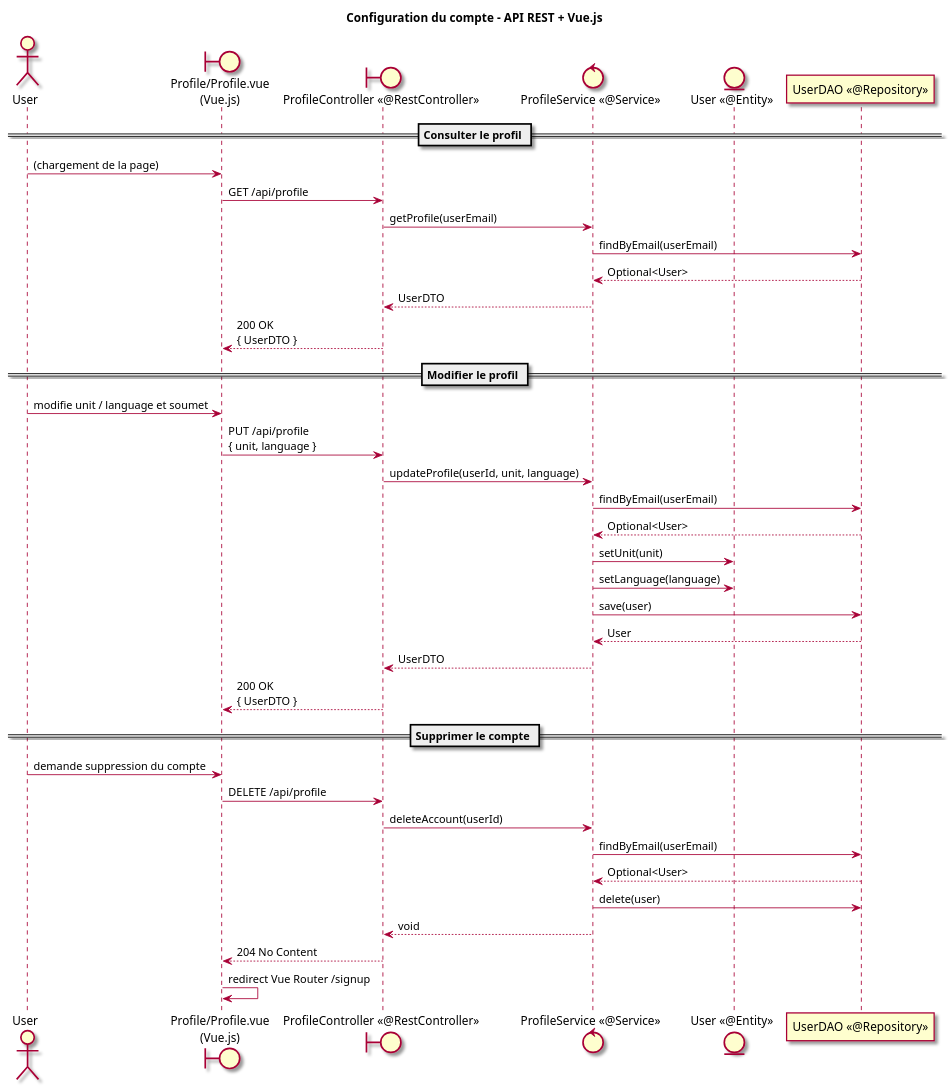
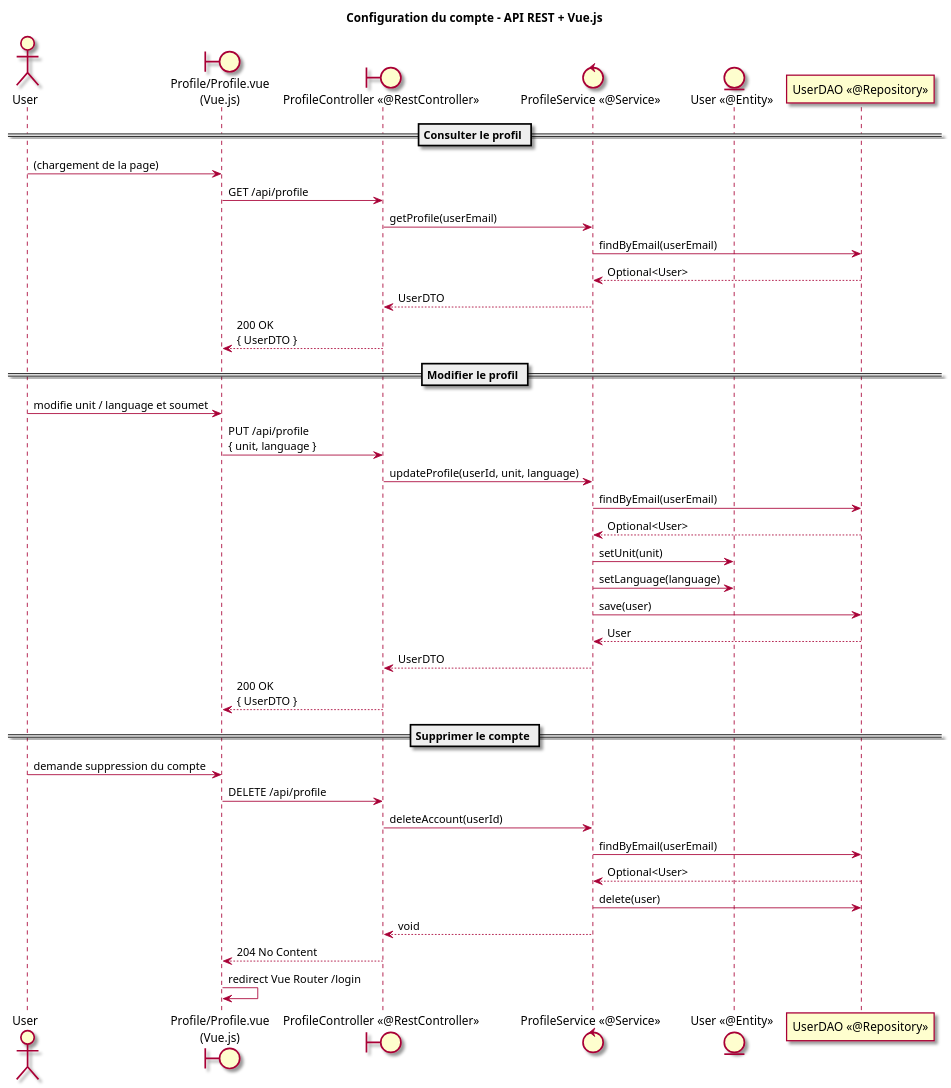
Before and after one commit to olivaux/planpotager: the seventh of 50 diagrams in specs/03_Conception_V1.0.md, drawn with PlantUML. The commit also changed other lines of this file and 19 other files, not shown here.

```diff
--- a/specs/03_Conception_V1.0.md
+++ b/specs/03_Conception_V1.0.md
@@ -754,50 +773,50 @@
 ~~~plantuml
 @startuml
 title Configuration du compte - API REST + Vue.js
 skin rose
 
 actor User as u
 boundary "Profile/Profile.vue\n(Vue.js)" as vue
 boundary "ProfileController <<@RestController>>" as ctrl
 control "ProfileService <<@Service>>" as svc
 entity "User <<@Entity>>" as en
 participant "UserDAO <<@Repository>>" as repo
 
 == Consulter le profil ==
 
 u -> vue : (chargement de la page)
 vue -> ctrl : GET /api/profile
 ctrl -> svc : getProfile(userEmail)
 svc -> repo : findByEmail(userEmail)
 repo --> svc : Optional<User>
 svc --> ctrl : UserDTO
 ctrl --> vue : 200 OK\n{ UserDTO }
 
 == Modifier le profil ==
 
 u -> vue : modifie unit / language et soumet
 vue -> ctrl : PUT /api/profile\n{ unit, language }
 ctrl -> svc : updateProfile(userId, unit, language)
 svc -> repo : findByEmail(userEmail)
 repo --> svc : Optional<User>
 svc -> en : setUnit(unit)
 svc -> en : setLanguage(language)
 svc -> repo : save(user)
 repo --> svc : User
 svc --> ctrl : UserDTO
 ctrl --> vue : 200 OK\n{ UserDTO }
 
 == Supprimer le compte ==
 
 u -> vue : demande suppression du compte
 vue -> ctrl : DELETE /api/profile
 ctrl -> svc : deleteAccount(userId)
 svc -> repo : findByEmail(userEmail)
 repo --> svc : Optional<User>
 svc -> repo : delete(user)
 svc --> ctrl : void
 ctrl --> vue : 204 No Content
-vue -> vue : redirect Vue Router /signup
+vue -> vue : redirect Vue Router /login
 
 @enduml
 ~~~
```
